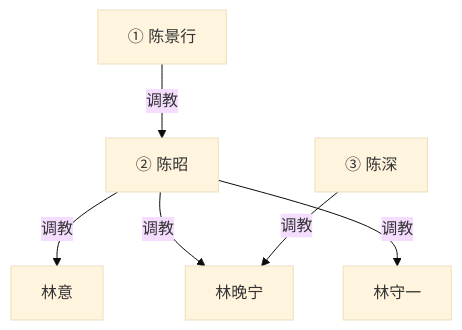
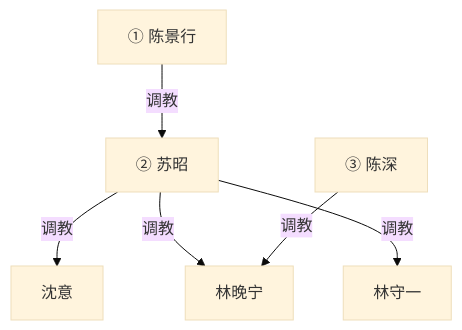
One commit to victor-w-ma/victor-w-ma.github.io changed the diagram in _posts/ideas/bully-victim-children-marriage-plan.md. Above: the diagram before and after it, drawn with Mermaid (base theme). The commit also changed other lines of this file, not shown here.

````diff
--- a/_posts/ideas/bully-victim-children-marriage-plan.md
+++ b/_posts/ideas/bully-victim-children-marriage-plan.md
@@ -135,15 +137,15 @@
 ```mermaid
 graph TD
   jingxing["① 陈景行"]
-  chenzhao["② 陈昭"]
+  suzhao["② 苏昭"]
   chenshen["③ 陈深"]
-  linyi["林意"]
+  shenyi["沈意"]
   wanning["林晚宁"]
   shouyi["林守一"]
 
-  jingxing -->|调教| chenzhao
-  chenzhao -->|调教| linyi
-  chenzhao -->|调教| wanning
-  chenzhao -->|调教| shouyi
+  jingxing -->|调教| suzhao
+  suzhao -->|调教| shenyi
+  suzhao -->|调教| wanning
+  suzhao -->|调教| shouyi
   chenshen -->|调教| wanning
 ```
````
